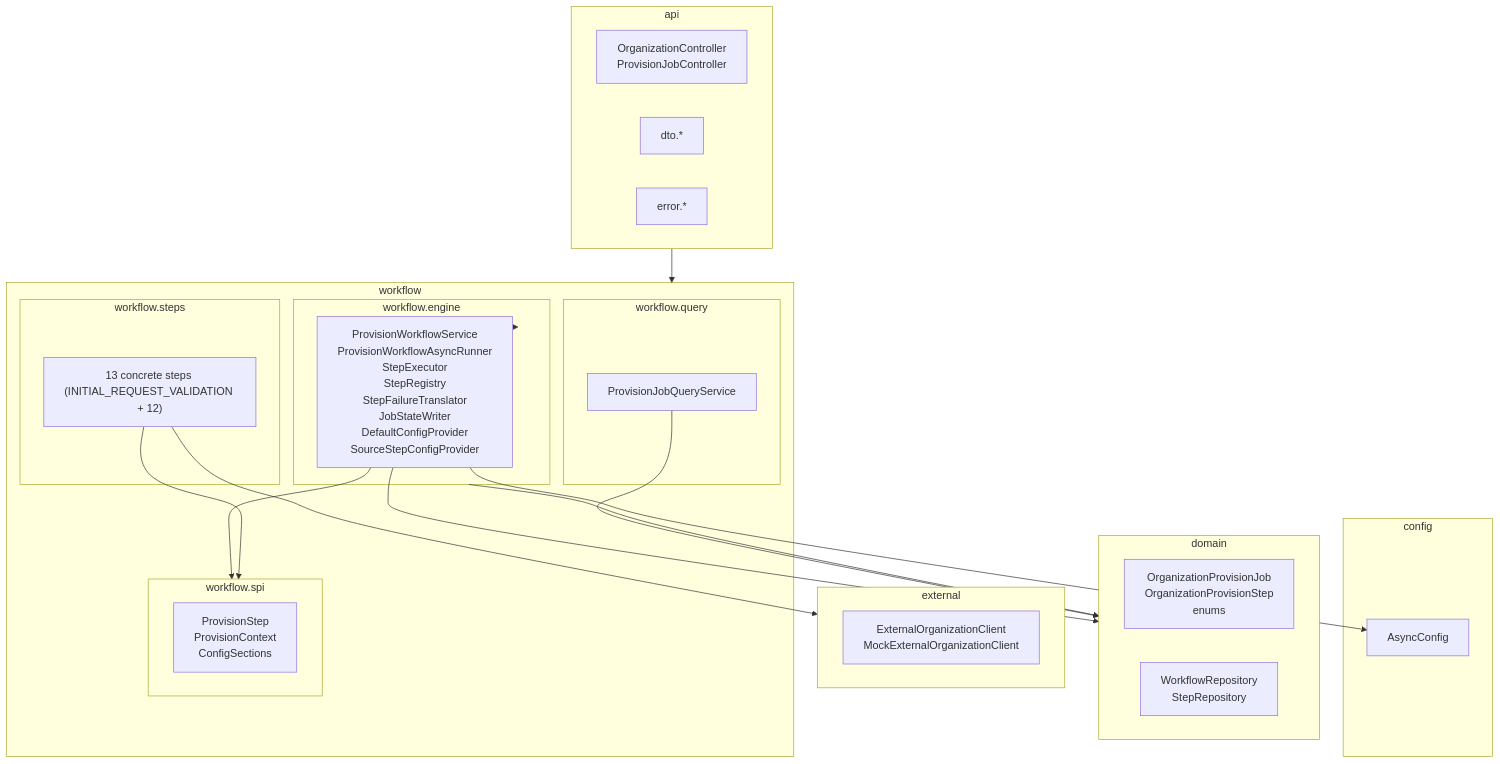
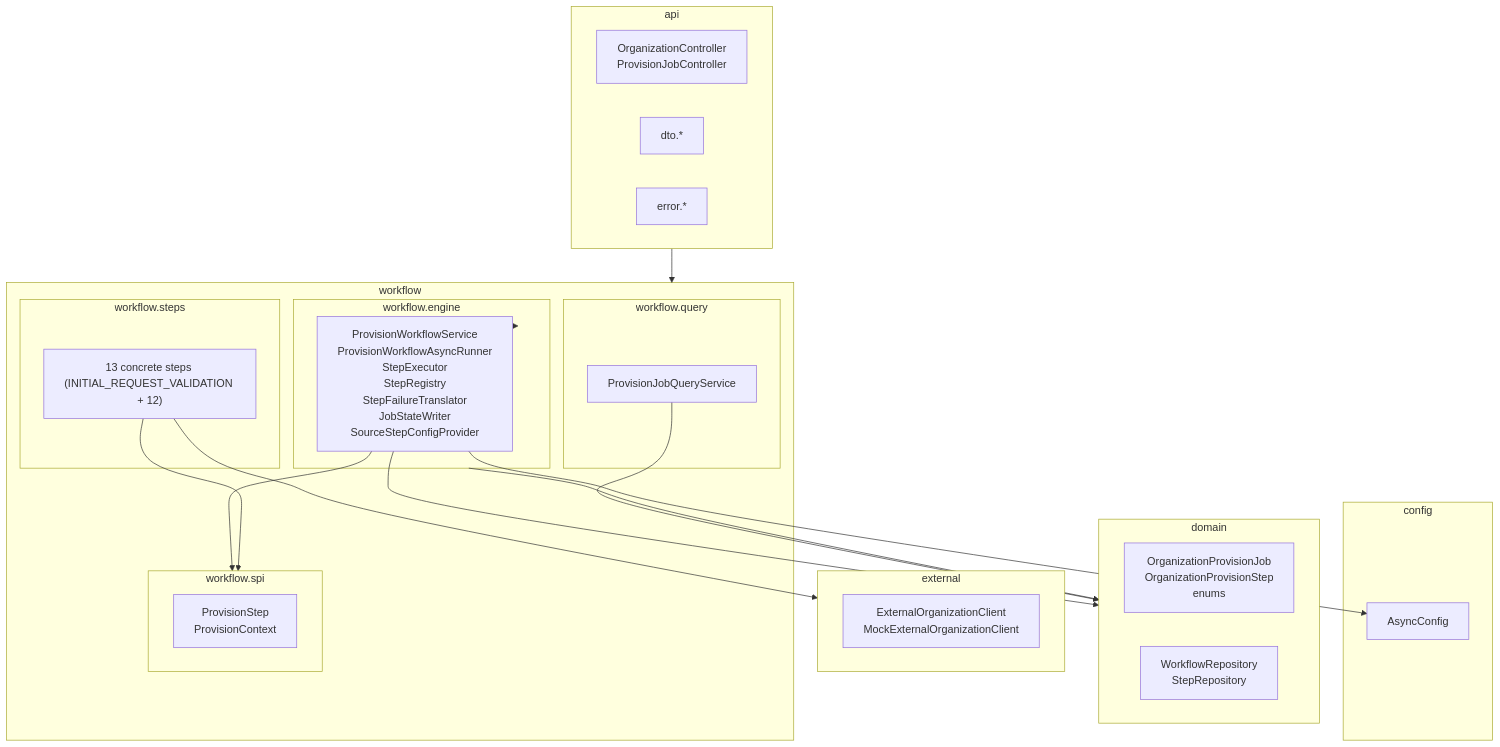
One commit to bora-arch/create-org-poc changed the first of 8 diagrams in docs/diagrams.md. Above: the diagram before and after it, drawn with Mermaid. The commit also changed other lines of this file and 19 other files, not shown here.

First line of the commit message:
Remove shouldRun and default_config.json; source is now the sole step gate

````diff
--- a/docs/diagrams.md
+++ b/docs/diagrams.md
@@ -7,46 +7,46 @@
 ```mermaid
 flowchart TB
     subgraph api["api"]
         controllers["OrganizationController<br/>ProvisionJobController"]
         dtos["dto.*"]
         errs["error.*"]
     end
 
     subgraph workflow["workflow"]
         subgraph spi["workflow.spi"]
-            step_iface["ProvisionStep<br/>ProvisionContext<br/>ConfigSections"]
+            step_iface["ProvisionStep<br/>ProvisionContext"]
         end
         subgraph engine["workflow.engine"]
-            orch["ProvisionWorkflowService<br/>ProvisionWorkflowAsyncRunner<br/>StepExecutor<br/>StepRegistry<br/>StepFailureTranslator<br/>JobStateWriter<br/>DefaultConfigProvider<br/>SourceStepConfigProvider"]
+            orch["ProvisionWorkflowService<br/>ProvisionWorkflowAsyncRunner<br/>StepExecutor<br/>StepRegistry<br/>StepFailureTranslator<br/>JobStateWriter<br/>SourceStepConfigProvider"]
         end
         subgraph steps["workflow.steps"]
             step_beans["13 concrete steps (INITIAL_REQUEST_VALIDATION + 12)"]
         end
         subgraph query["workflow.query"]
             qs["ProvisionJobQueryService"]
         end
     end
 
     subgraph domain["domain"]
         entities["OrganizationProvisionJob<br/>OrganizationProvisionStep<br/>enums"]
         repos["WorkflowRepository<br/>StepRepository"]
     end
 
     subgraph external["external"]
         ext["ExternalOrganizationClient<br/>MockExternalOrganizationClient"]
     end
 
     subgraph config["config"]
         cfg["AsyncConfig"]
     end
 
     api --> workflow
     orch --> spi
     orch --> engine
     orch --> domain
     step_beans --> spi
     step_beans --> external
     qs --> domain
     engine --> domain
     orch --> cfg
 ```
````
